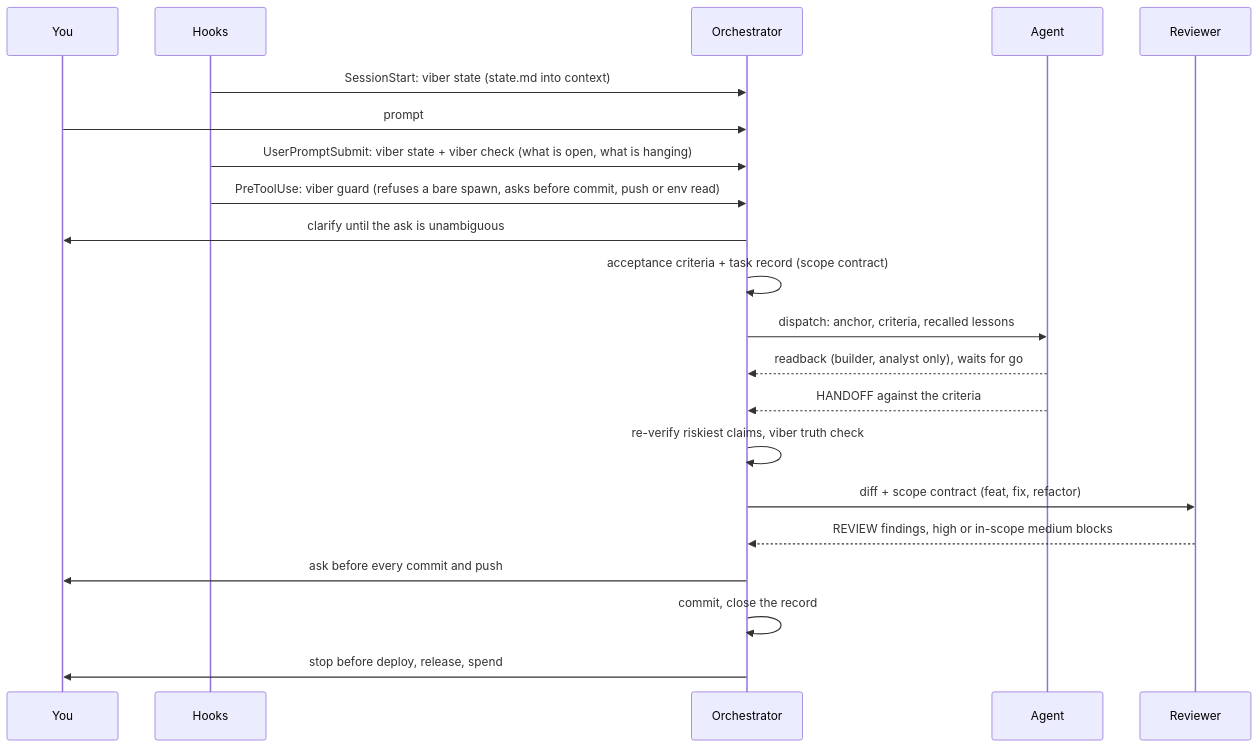
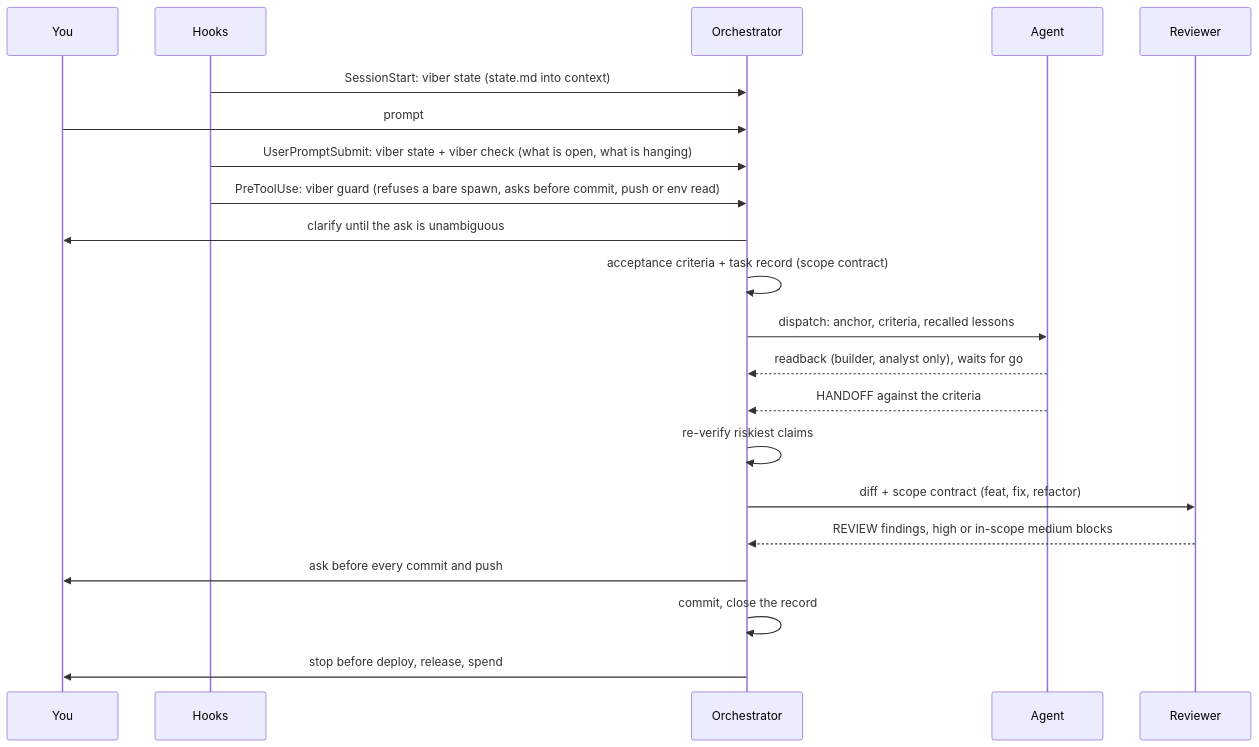
Before and after one commit to dangnhh92/viber-harness: the first of 4 diagrams in README.md, drawn with Mermaid. The commit also changed other lines of this file and 11 other files, not shown here.

````diff
--- a/README.md
+++ b/README.md
@@ -19,23 +19,23 @@
 ```mermaid
 sequenceDiagram
     participant You
     participant Hooks
     participant Orchestrator
     participant Agent
     participant Reviewer
     Hooks->>Orchestrator: SessionStart: viber state (state.md into context)
     You->>Orchestrator: prompt
     Hooks->>Orchestrator: UserPromptSubmit: viber state + viber check (what is open, what is hanging)
     Hooks->>Orchestrator: PreToolUse: viber guard (refuses a bare spawn, asks before commit, push or env read)
     Orchestrator->>You: clarify until the ask is unambiguous
     Orchestrator->>Orchestrator: acceptance criteria + task record (scope contract)
     Orchestrator->>Agent: dispatch: anchor, criteria, recalled lessons
     Agent-->>Orchestrator: readback (builder, analyst only), waits for go
     Agent-->>Orchestrator: HANDOFF against the criteria
-    Orchestrator->>Orchestrator: re-verify riskiest claims, viber truth check
+    Orchestrator->>Orchestrator: re-verify riskiest claims
     Orchestrator->>Reviewer: diff + scope contract (feat, fix, refactor)
     Reviewer-->>Orchestrator: REVIEW findings, high or in-scope medium blocks
     Orchestrator->>You: ask before every commit and push
     Orchestrator->>Orchestrator: commit, close the record
     Orchestrator->>You: stop before deploy, release, spend
 ```
````
